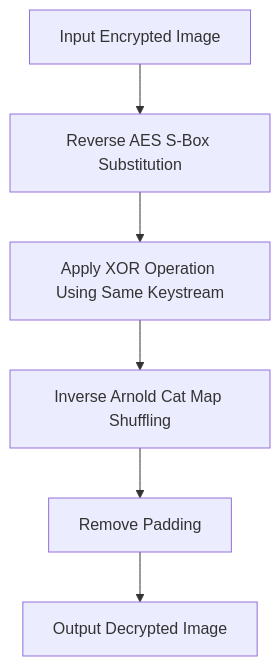
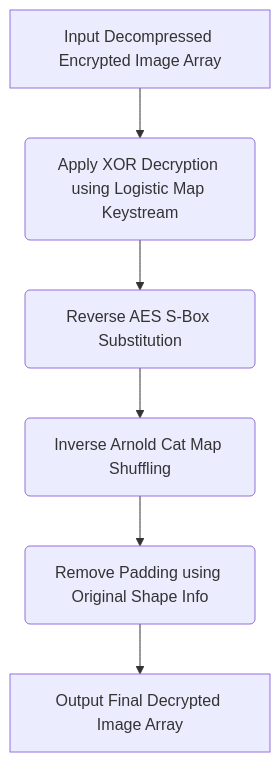
The third of 3 diagrams in README.md (mintnchocochip/Image-Compression-and-Encryption-Pipeline), drawn with Mermaid before and after one commit. The commit also changed other lines of this file, not shown here.

````diff
--- a/README.md
+++ b/README.md
@@ -202,16 +328,8 @@
 ```mermaid
-flowchart TD   
-V[Input Encrypted Image]
-W[Reverse AES S-Box Substitution]   
-X[Apply XOR Operation Using Same Keystream]   
-Y[Inverse Arnold Cat Map Shuffling]   
-Z[Remove Padding]   
-AA[Output Decrypted Image]     
-V --> W   
-W --> X   
-X --> Y   
-Y --> Z   
-Z --> AA
-
-
+flowchart TD  
+V[Input Decompressed Encrypted Image Array] --> X(Apply XOR Decryption using Logistic Map Keystream);  
+X --> W(Reverse AES S-Box Substitution);  
+W --> Y(Inverse Arnold Cat Map Shuffling);  
+Y --> Z(Remove Padding using Original Shape Info);  
+Z --> AA[Output Final Decrypted Image Array];
 ```
````
